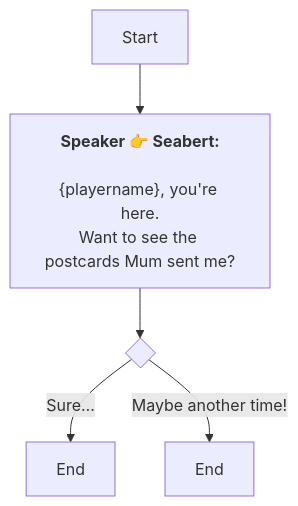
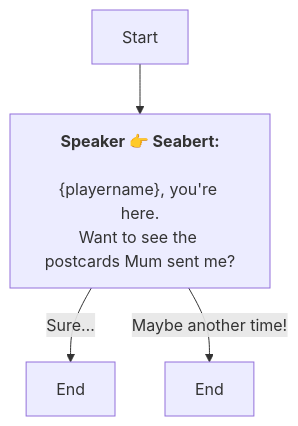
One commit to SoftHu/tos_avg changed the diagram in En/QuestTalkObjectiveNode_1753752288090526.md. Above: the diagram before and after it, drawn with Mermaid. The commit also changed 737 other files, not shown here.

````diff
--- a/En/QuestTalkObjectiveNode_1753752288090526.md
+++ b/En/QuestTalkObjectiveNode_1753752288090526.md
@@ -1,11 +1,9 @@
 ```mermaid
 graph
 Start -->1753752340862378[<b>Speaker 👉 Seabert:</b>
+\n&lbrace;playername&rbrace;, you're here.
+Want to see the postcards Mum sent me?]
+1753752340862378 -->|Sure…|1753752340863406[End]
+1753752340862378 -->|Maybe another time!|1753752340863407[End]
 
-&lbrace;playername&rbrace;, you're here.
-Want to see the postcards Mum sent me?]
-1753752340862378 -->1753752340862381{ }
-1753752340862381 -->|Sure…|1753752340863406[End]
-1753752340862381 -->|Maybe another time!|1753752340863407[End]
-
- ```
+```
````
